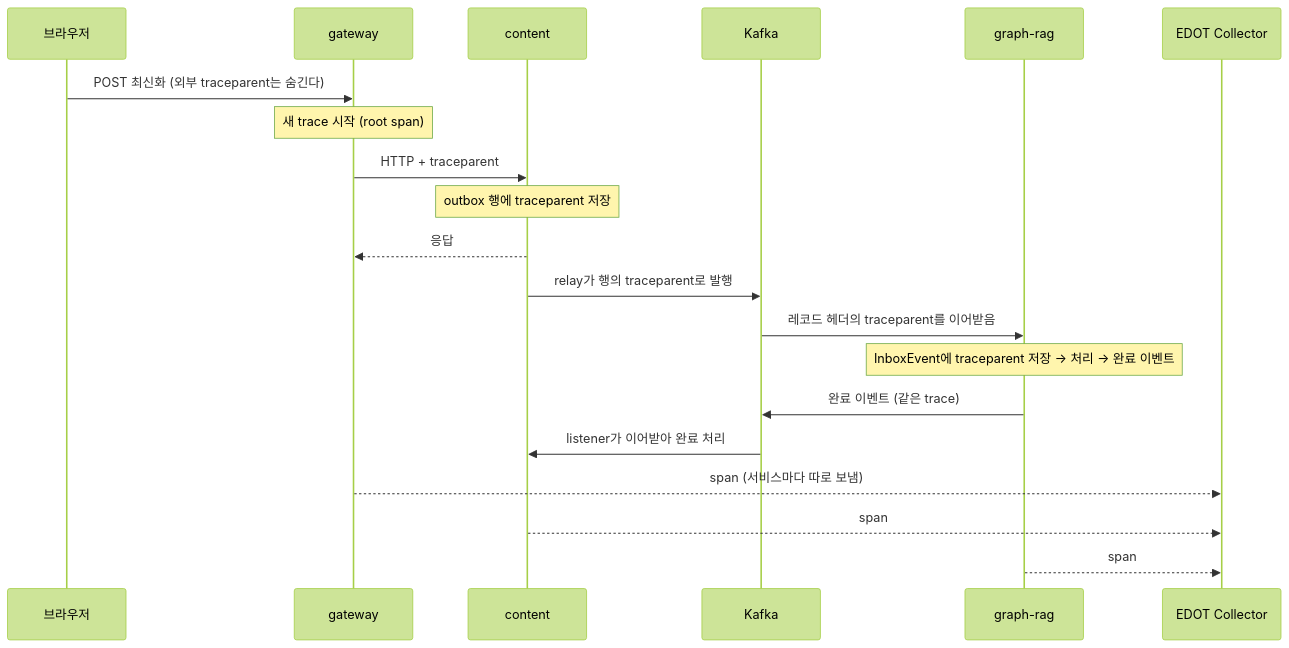
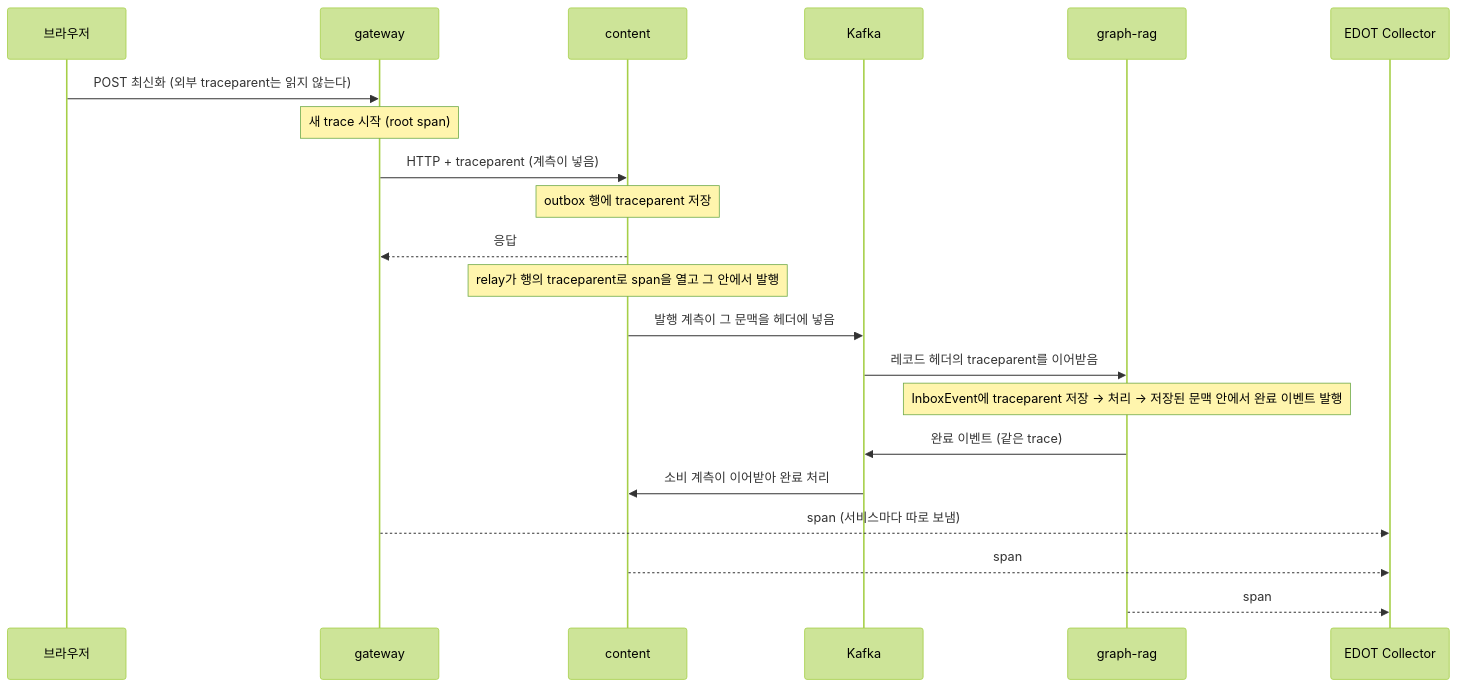
Before and after one commit to soma-lorekeeper/docs: the second of 4 diagrams in APM_ARCHITECTURE.md, drawn with Mermaid (forest theme). The commit also changed other lines of this file and 2 other files, not shown here.

````diff
--- a/APM_ARCHITECTURE.md
+++ b/APM_ARCHITECTURE.md
@@ -66,23 +71,24 @@
 ```mermaid
 sequenceDiagram
   participant B as 브라우저
   participant GW as gateway
   participant CT as content
   participant K as Kafka
   participant GR as graph-rag
   participant COL as EDOT Collector
 
-  B->>GW: POST 최신화 (외부 traceparent는 숨긴다)
+  B->>GW: POST 최신화 (외부 traceparent는 읽지 않는다)
   Note over GW: 새 trace 시작 (root span)
-  GW->>CT: HTTP + traceparent
+  GW->>CT: HTTP + traceparent (계측이 넣음)
   Note over CT: outbox 행에 traceparent 저장
   CT-->>GW: 응답
-  CT->>K: relay가 행의 traceparent로 발행
+  Note over CT: relay가 행의 traceparent로 span을 열고 그 안에서 발행
+  CT->>K: 발행 계측이 그 문맥을 헤더에 넣음
   K->>GR: 레코드 헤더의 traceparent를 이어받음
-  Note over GR: InboxEvent에 traceparent 저장 → 처리 → 완료 이벤트
+  Note over GR: InboxEvent에 traceparent 저장 → 처리 → 저장된 문맥 안에서 완료 이벤트 발행
   GR->>K: 완료 이벤트 (같은 trace)
-  K->>CT: listener가 이어받아 완료 처리
+  K->>CT: 소비 계측이 이어받아 완료 처리
   GW-->>COL: span (서비스마다 따로 보냄)
   CT-->>COL: span
   GR-->>COL: span
 ```
````
